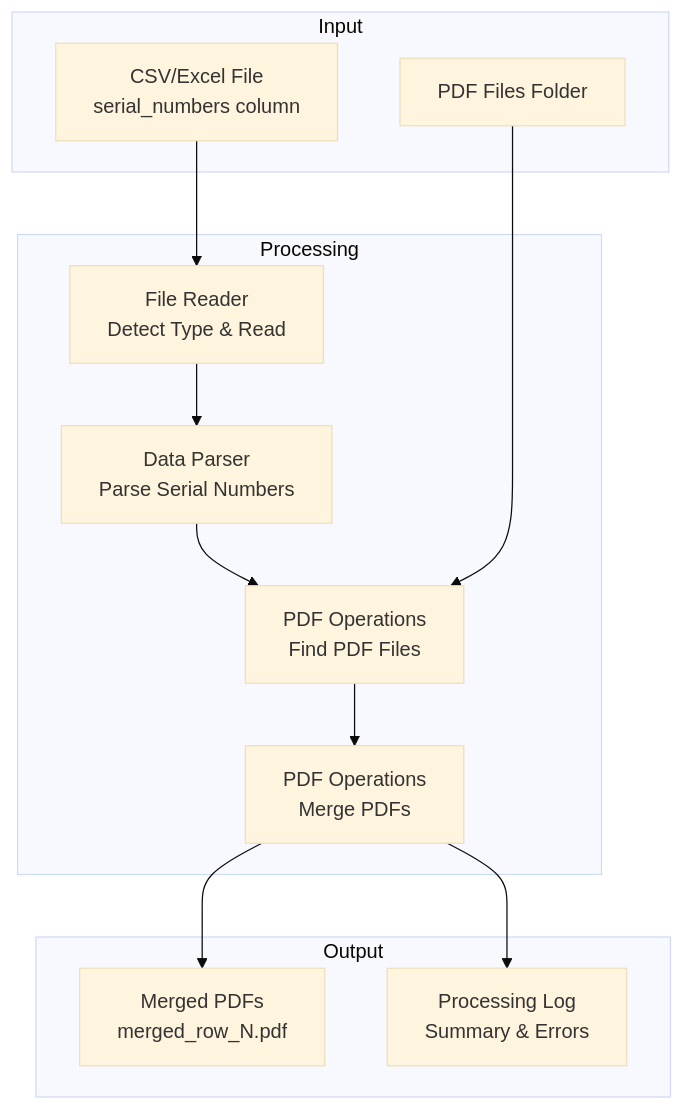
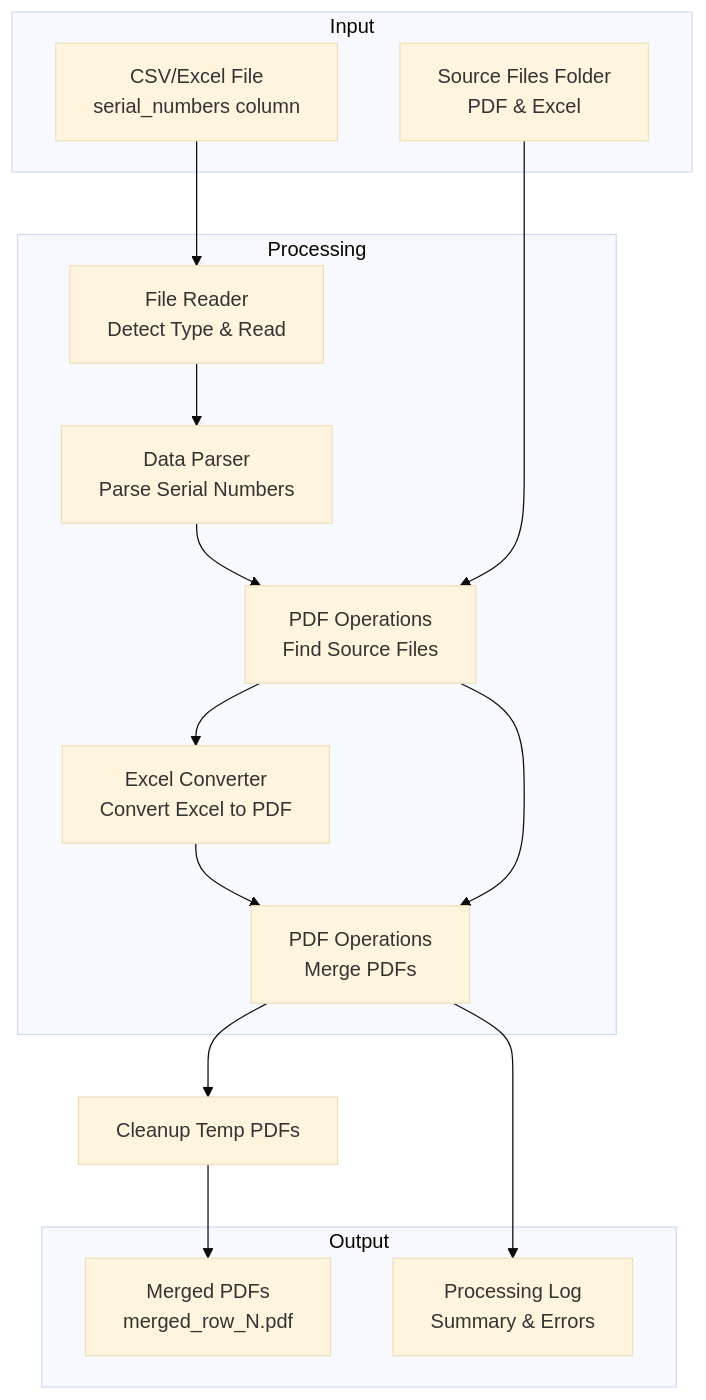
Before and after one commit to Yoavsb25/files_unifeder: the sixth of 6 diagrams in ARCHITECTURE.md, drawn with Mermaid (base theme). The commit also changed other lines of this file and 36 other files, not shown here.

First line of the commit message:
Support excel files to pdf (#10)

````diff
--- a/ARCHITECTURE.md
+++ b/ARCHITECTURE.md
@@ -311,27 +364,31 @@
 ```mermaid
 graph TB
     subgraph "Input"
         CSV[CSV/Excel File<br/>serial_numbers column]
-        PDFs[PDF Files Folder]
+        SourceFiles[Source Files Folder<br/>PDF & Excel]
     end
     
     subgraph "Processing"
         Read[File Reader<br/>Detect Type & Read]
         Parse[Data Parser<br/>Parse Serial Numbers]
-        Find[PDF Operations<br/>Find PDF Files]
+        Find[PDF Operations<br/>Find Source Files]
+        Convert[Excel Converter<br/>Convert Excel to PDF]
         Merge[PDF Operations<br/>Merge PDFs]
     end
     
     subgraph "Output"
         Merged[Merged PDFs<br/>merged_row_N.pdf]
         Log[Processing Log<br/>Summary & Errors]
     end
     
     CSV --> Read
     Read --> Parse
     Parse --> Find
-    PDFs --> Find
+    SourceFiles --> Find
+    Find --> Convert
+    Convert --> Merge
     Find --> Merge
-    Merge --> Merged
+    Merge --> Cleanup[Cleanup Temp PDFs]
+    Cleanup --> Merged
     Merge --> Log
 ```
````
